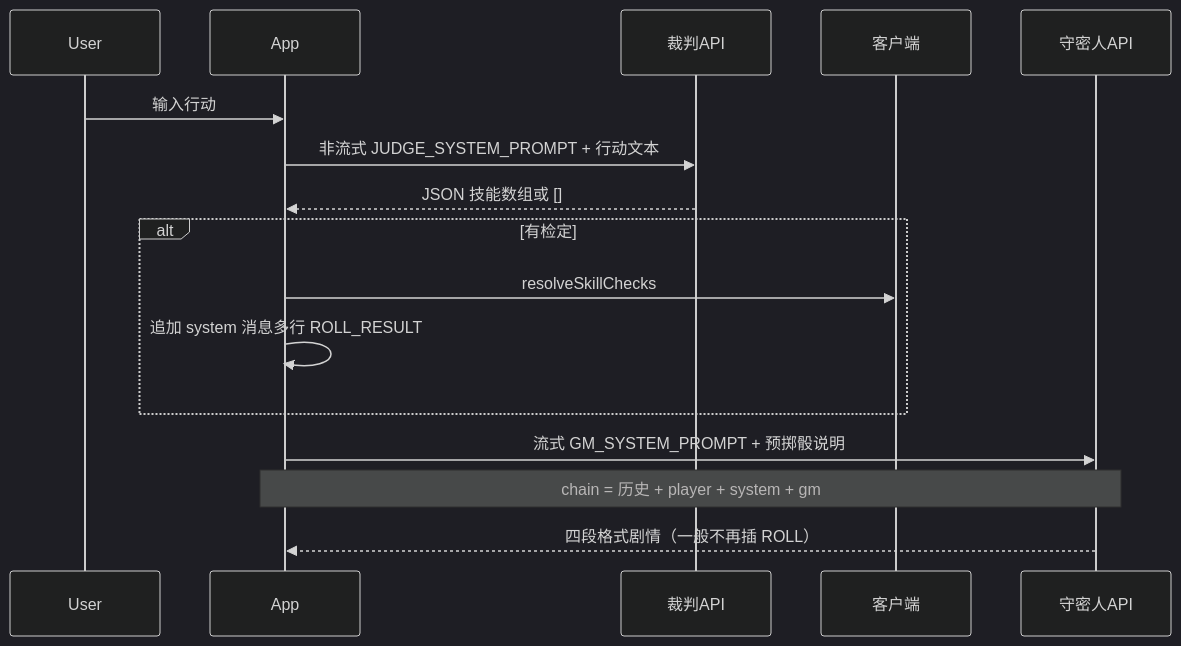
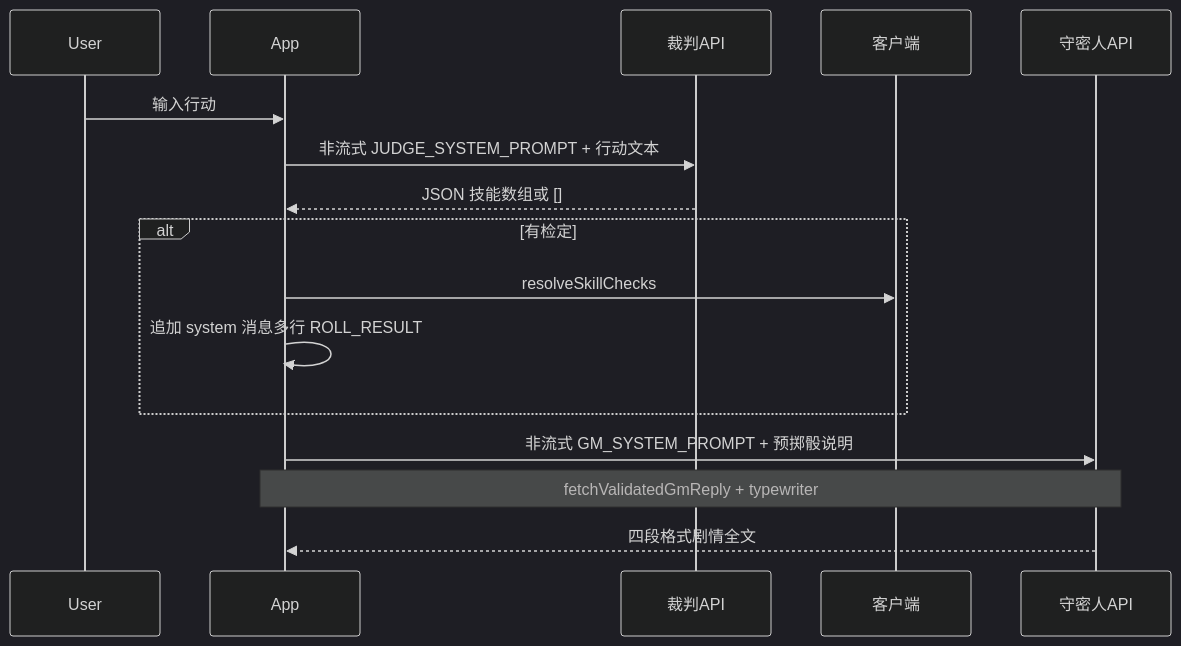
One commit to heyixigu/coc changed the third of 4 diagrams in ARCHITECTURE.md. Above: the diagram before and after it, drawn with Mermaid (dark theme). The commit also changed other lines of this file and 47 other files, not shown here.

````diff
--- a/ARCHITECTURE.md
+++ b/ARCHITECTURE.md
@@ -143,19 +174,19 @@
 ```mermaid
 sequenceDiagram
   participant User
   participant App
   participant Judge as 裁判API
   participant Dice as 客户端
   participant GM as 守密人API
 
   User->>App: 输入行动
   App->>Judge: 非流式 JUDGE_SYSTEM_PROMPT + 行动文本
   Judge-->>App: JSON 技能数组或 []
   alt 有检定
     App->>Dice: resolveSkillChecks
     App->>App: 追加 system 消息多行 ROLL_RESULT
   end
-  App->>GM: 流式 GM_SYSTEM_PROMPT + 预掷骰说明
-  Note over App,GM: chain = 历史 + player + system + gm
-  GM-->>App: 四段格式剧情（一般不再插 ROLL）
+  App->>GM: 非流式 GM_SYSTEM_PROMPT + 预掷骰说明
+  Note over App,GM: fetchValidatedGmReply + typewriter
+  GM-->>App: 四段格式剧情全文
 ```
````
